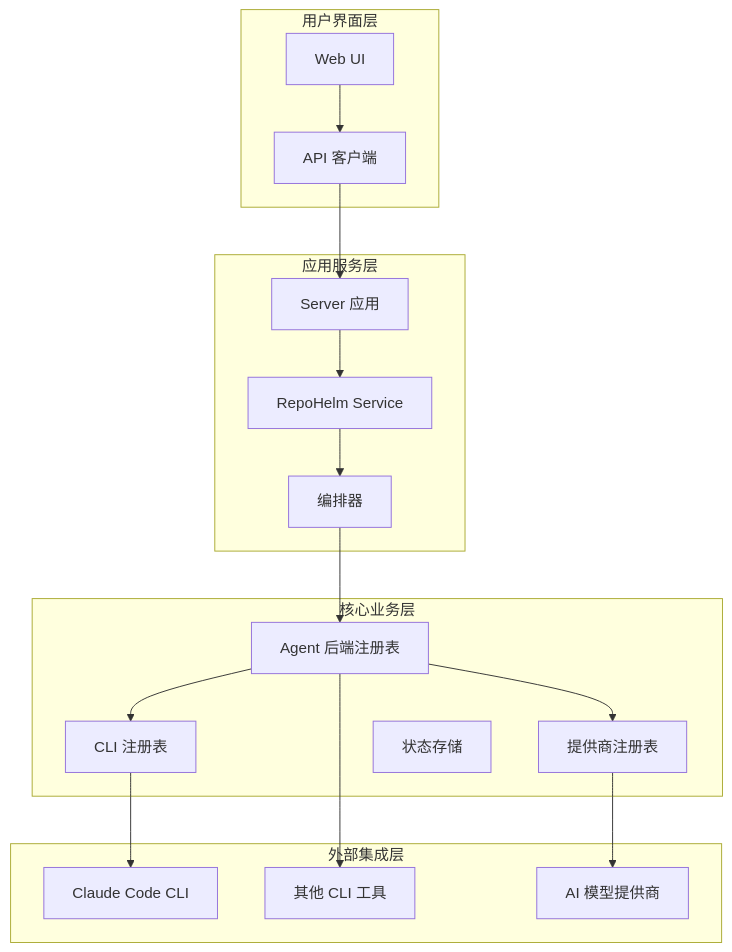
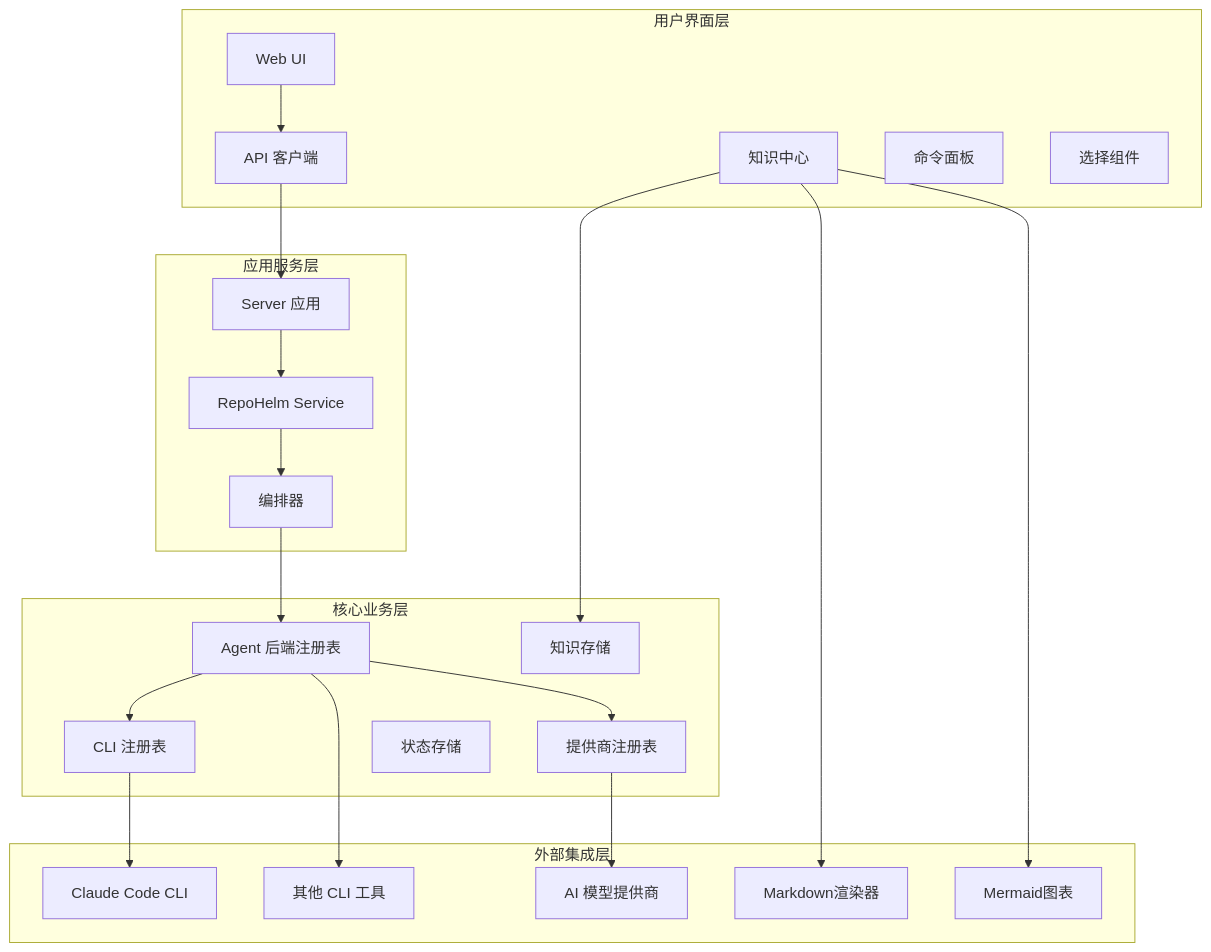
One commit to coconilu/RepoHelm changed the second of 11 diagrams in .qoder/repowiki/zh/content/快速开始/Claude Code 集成指南.md. Above: the diagram before and after it, drawn with Mermaid. The commit also changed other lines of this file and 13 other files, not shown here.

First line of the commit message:
Docs: add Knowledge Center UI & TDD testing

````diff
--- a/.qoder/repowiki/zh/content/快速开始/Claude Code 集成指南.md
+++ b/.qoder/repowiki/zh/content/快速开始/Claude Code 集成指南.md
@@ -113,33 +149,42 @@
 ```mermaid
 graph TB
 subgraph "用户界面层"
 WebUI[Web UI]
 API[API 客户端]
+KnowledgeCenter[知识中心]
+CommandPalette[命令面板]
+SelectComponent[选择组件]
 end
 subgraph "应用服务层"
 Server[Server 应用]
 Service[RepoHelm Service]
 Orchestrator[编排器]
 end
 subgraph "核心业务层"
 AgentRegistry[Agent 后端注册表]
 CLIRegistry[CLI 注册表]
 ProviderRegistry[提供商注册表]
 StateStore[状态存储]
+KnowledgeStore[知识存储]
 end
 subgraph "外部集成层"
 ClaudeCLI[Claude Code CLI]
 ExternalCLI[其他 CLI 工具]
 AIProviders[AI 模型提供商]
+MarkdownRenderer[Markdown渲染器]
+MermaidCharts[Mermaid图表]
 end
 WebUI --> API
 API --> Server
 Server --> Service
 Service --> Orchestrator
 Orchestrator --> AgentRegistry
 AgentRegistry --> CLIRegistry
 AgentRegistry --> ProviderRegistry
 CLIRegistry --> ClaudeCLI
 ProviderRegistry --> AIProviders
 AgentRegistry --> ExternalCLI
+KnowledgeCenter --> MarkdownRenderer
+KnowledgeCenter --> MermaidCharts
+KnowledgeCenter --> KnowledgeStore
 ```
````
